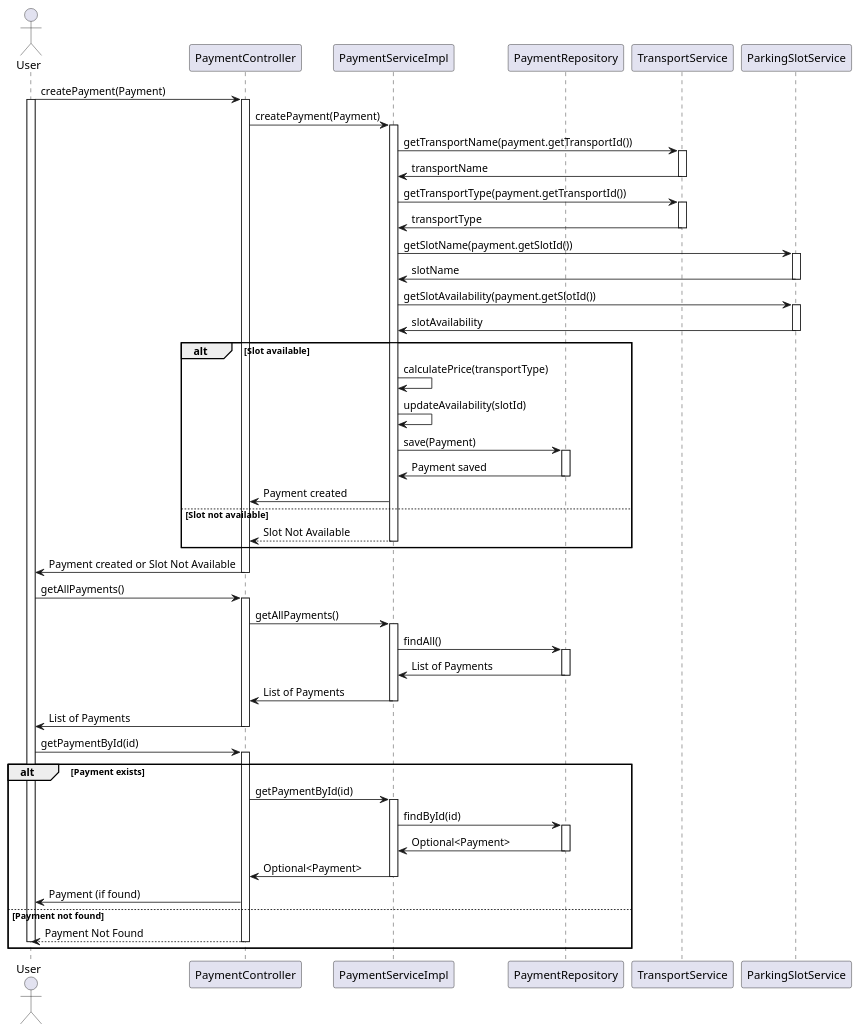
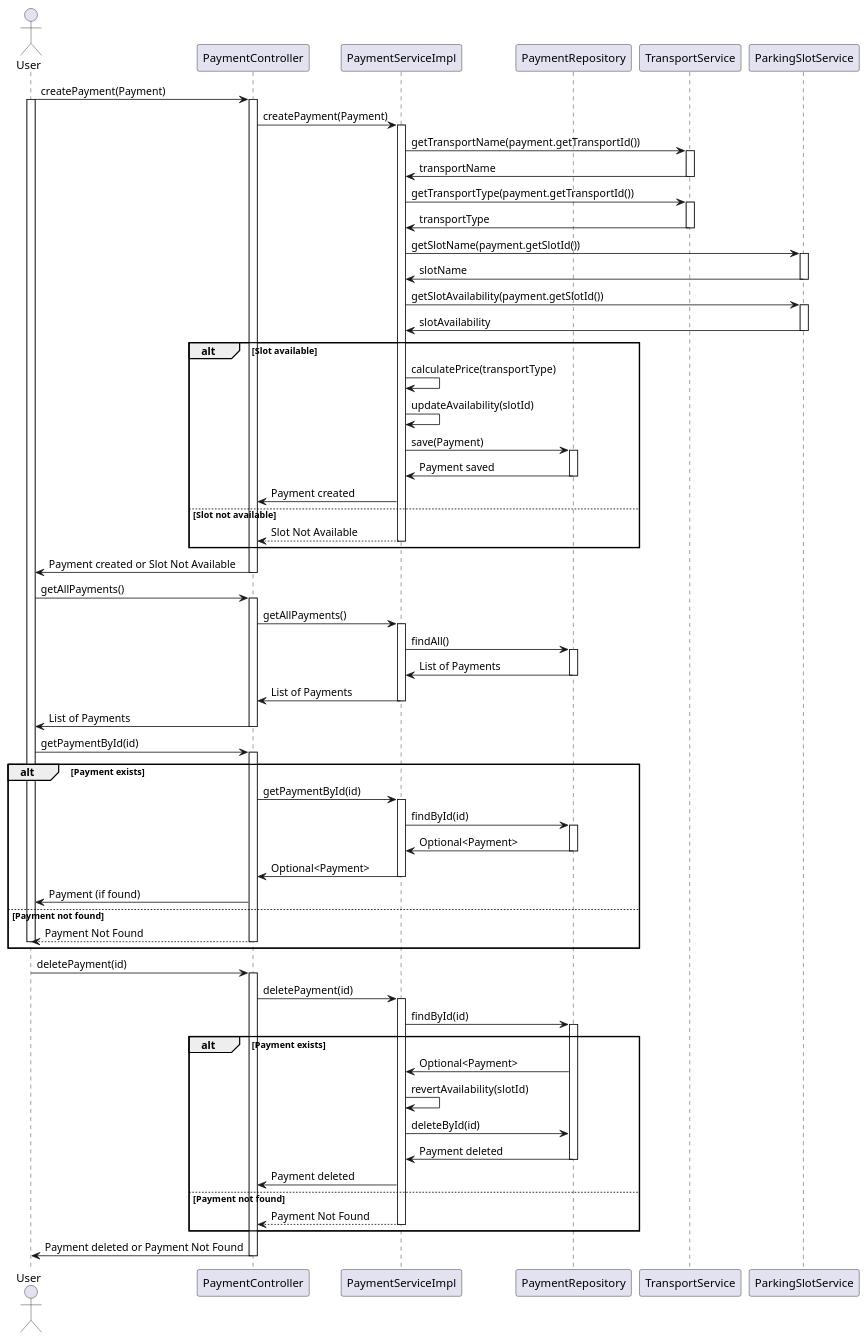
One commit to RakusasuDorea/MicroserviceDemo changed the diagram in payment-service/src/uml/Payment.puml. Above: the diagram before and after it, drawn with PlantUML. The commit also changed 1 other file, not shown here.

```diff
--- a/payment-service/src/uml/Payment.puml
+++ b/payment-service/src/uml/Payment.puml
@@ -1,85 +1,106 @@
 @startuml
 
 actor User
 participant PaymentController
 participant PaymentServiceImpl
 participant PaymentRepository
 participant TransportService
 participant ParkingSlotService
 
 User -> PaymentController: createPayment(Payment)
 activate PaymentController
 activate User
 PaymentController -> PaymentServiceImpl: createPayment(Payment)
 activate PaymentServiceImpl
 
 PaymentServiceImpl -> TransportService: getTransportName(payment.getTransportId())
 activate TransportService
 TransportService -> PaymentServiceImpl: transportName
 deactivate TransportService
 
 PaymentServiceImpl -> TransportService: getTransportType(payment.getTransportId())
 activate TransportService
 TransportService -> PaymentServiceImpl: transportType
 deactivate TransportService
 
 PaymentServiceImpl -> ParkingSlotService: getSlotName(payment.getSlotId())
 activate ParkingSlotService
 ParkingSlotService -> PaymentServiceImpl: slotName
 deactivate ParkingSlotService
 
 PaymentServiceImpl -> ParkingSlotService: getSlotAvailability(payment.getSlotId())
 activate ParkingSlotService
 ParkingSlotService -> PaymentServiceImpl: slotAvailability
 deactivate ParkingSlotService
 
 alt Slot available
     PaymentServiceImpl -> PaymentServiceImpl: calculatePrice(transportType)
     PaymentServiceImpl -> PaymentServiceImpl: updateAvailability(slotId)
 
     PaymentServiceImpl -> PaymentRepository: save(Payment)
     activate PaymentRepository
     PaymentRepository -> PaymentServiceImpl: Payment saved
     deactivate PaymentRepository
 
     PaymentServiceImpl -> PaymentController: Payment created
 else Slot not available
     PaymentServiceImpl --> PaymentController: Slot Not Available
     deactivate PaymentServiceImpl
 end
 
 PaymentController -> User: Payment created or Slot Not Available
 deactivate PaymentController
 
 User -> PaymentController: getAllPayments()
 activate PaymentController
 PaymentController -> PaymentServiceImpl: getAllPayments()
 activate PaymentServiceImpl
 PaymentServiceImpl -> PaymentRepository: findAll()
 activate PaymentRepository
 PaymentRepository -> PaymentServiceImpl: List of Payments
 deactivate PaymentRepository
 PaymentServiceImpl -> PaymentController: List of Payments
 deactivate PaymentServiceImpl
 PaymentController -> User: List of Payments
 deactivate PaymentController
 
 User -> PaymentController: getPaymentById(id)
 activate PaymentController
 alt Payment exists
     PaymentController -> PaymentServiceImpl: getPaymentById(id)
     activate PaymentServiceImpl
     PaymentServiceImpl -> PaymentRepository: findById(id)
     activate PaymentRepository
     PaymentRepository -> PaymentServiceImpl: Optional<Payment>
     deactivate PaymentRepository
     PaymentServiceImpl -> PaymentController: Optional<Payment>
     deactivate PaymentServiceImpl
     PaymentController -> User: Payment (if found)
 else Payment not found
     PaymentController --> User: Payment Not Found
     deactivate PaymentController
     deactivate User
 end
 
+User -> PaymentController: deletePayment(id)
+activate PaymentController
+PaymentController -> PaymentServiceImpl: deletePayment(id)
+activate PaymentServiceImpl
+PaymentServiceImpl -> PaymentRepository: findById(id)
+activate PaymentRepository
+alt Payment exists
+    PaymentRepository -> PaymentServiceImpl: Optional<Payment>
+    PaymentServiceImpl -> PaymentServiceImpl: revertAvailability(slotId)
+    PaymentServiceImpl -> PaymentRepository: deleteById(id)
+    PaymentRepository -> PaymentServiceImpl: Payment deleted
+    deactivate PaymentRepository
+    PaymentServiceImpl -> PaymentController: Payment deleted
+else Payment not found
+    PaymentServiceImpl --> PaymentController: Payment Not Found
+    deactivate PaymentRepository
+    deactivate PaymentServiceImpl
+end
+PaymentController -> User: Payment deleted or Payment Not Found
+deactivate PaymentController
+
 @enduml
```
